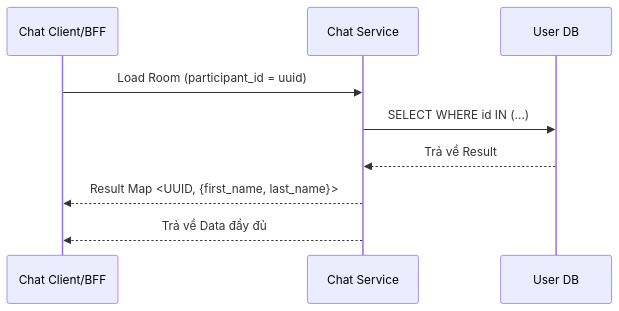
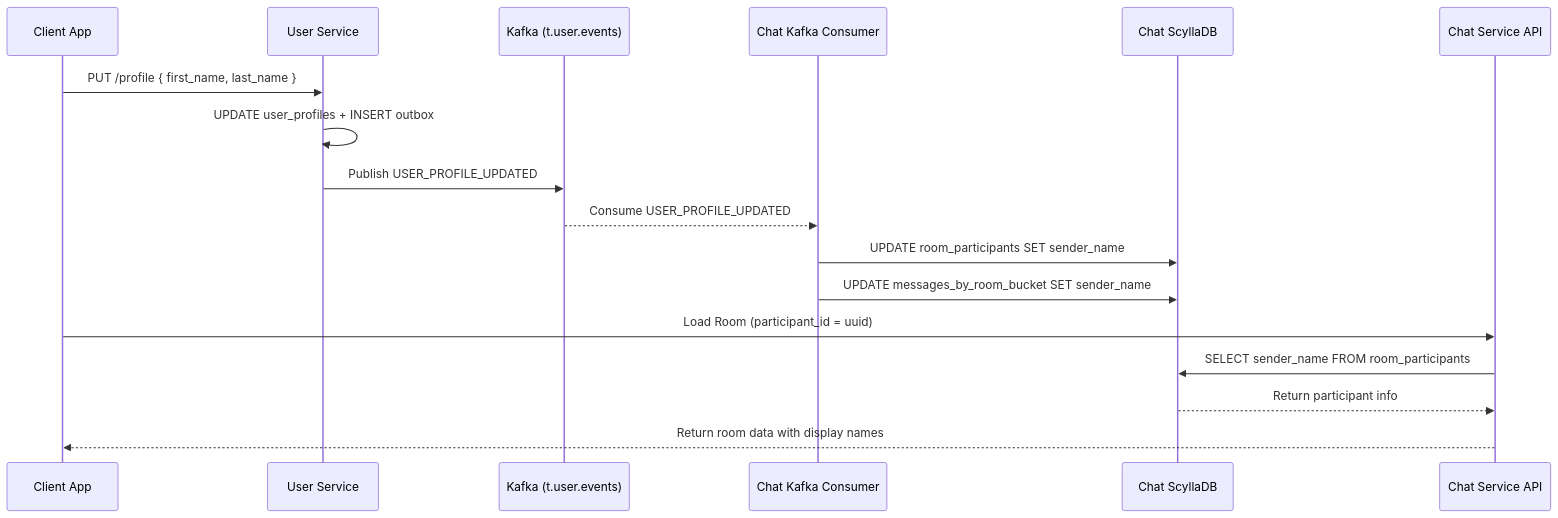
One commit to quangdung2110/e-commerce-microservices changed the ninth of 12 diagrams in docs/user/user_workflows.md. Above: the diagram before and after it, drawn with Mermaid. The commit also changed other lines of this file and 27 other files, not shown here.

````diff
--- a/docs/user/user_workflows.md
+++ b/docs/user/user_workflows.md
@@ -92,12 +254,21 @@
 ```mermaid
 sequenceDiagram
-    participant ChatApp as Chat Client/BFF
-    participant ChatSvc as Chat Service
-    participant UserDB as User DB
+    participant UserApp as Client App
+    participant UserSvc as User Service
+    participant Kafka as Kafka (t.user.events)
+    participant ChatWorker as Chat Kafka Consumer
+    participant ChatDB as Chat ScyllaDB
+    participant ChatAPI as Chat Service API
 
-    ChatApp->>ChatSvc: Load Room (participant_id = uuid)
-    ChatSvc->>UserDB: SELECT WHERE id IN (...)
-    UserDB-->>ChatSvc: Trả về Result
-    ChatSvc-->>ChatApp: Result Map <UUID, {first_name, last_name}>
-    ChatSvc-->>ChatApp: Trả về Data đầy đủ
+    UserApp->>UserSvc: PUT /profile { first_name, last_name }
+    UserSvc->>UserSvc: UPDATE user_profiles + INSERT outbox
+    UserSvc->>Kafka: Publish USER_PROFILE_UPDATED
+    Kafka-->>ChatWorker: Consume USER_PROFILE_UPDATED
+    ChatWorker->>ChatDB: UPDATE room_participants SET sender_name
+    ChatWorker->>ChatDB: UPDATE messages_by_room_bucket SET sender_name
+
+    UserApp->>ChatAPI: Load Room (participant_id = uuid)
+    ChatAPI->>ChatDB: SELECT sender_name FROM room_participants
+    ChatDB-->>ChatAPI: Return participant info
+    ChatAPI-->>UserApp: Return room data with display names
 ```
````
